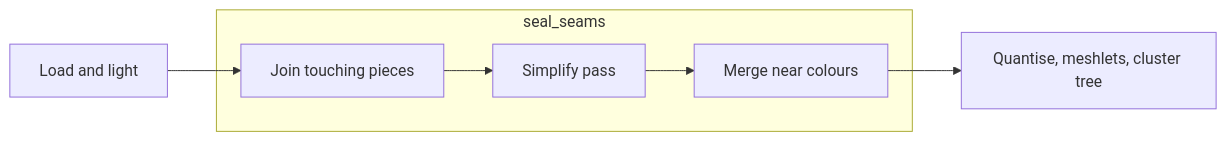
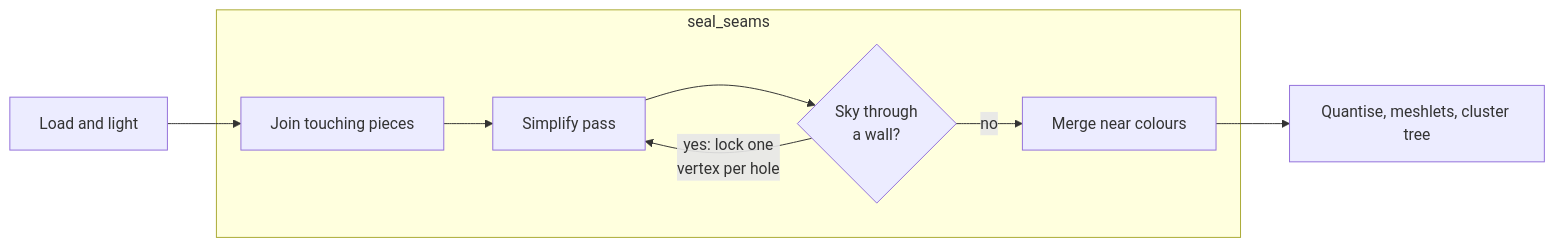
The second of 3 diagrams in docs/render/offline/Mesh-Import.md (jose-villegas/autana), drawn with Mermaid before and after one commit. The commit also changed other lines of this file and 12 other files, not shown here.

First line of the commit message:
r3d: seal_seams probes for sky through walls and locks a vertex per hole (889gd)

````diff
--- a/docs/render/offline/Mesh-Import.md
+++ b/docs/render/offline/Mesh-Import.md
@@ -293,12 +293,15 @@
 ```mermaid
 flowchart LR
     load[Load and light] --> join[Join touching pieces]
     join --> pass[Simplify pass]
-    pass --> merge[Merge near colours]
+    pass --> probe{Sky through<br/>a wall?}
+    probe -- "yes: lock one<br/>vertex per hole" --> pass
+    probe -- no --> merge[Merge near colours]
     merge --> bake[Quantise, meshlets, cluster tree]
     subgraph seal_seams
         join
         pass
+        probe
         merge
     end
 ```
````
